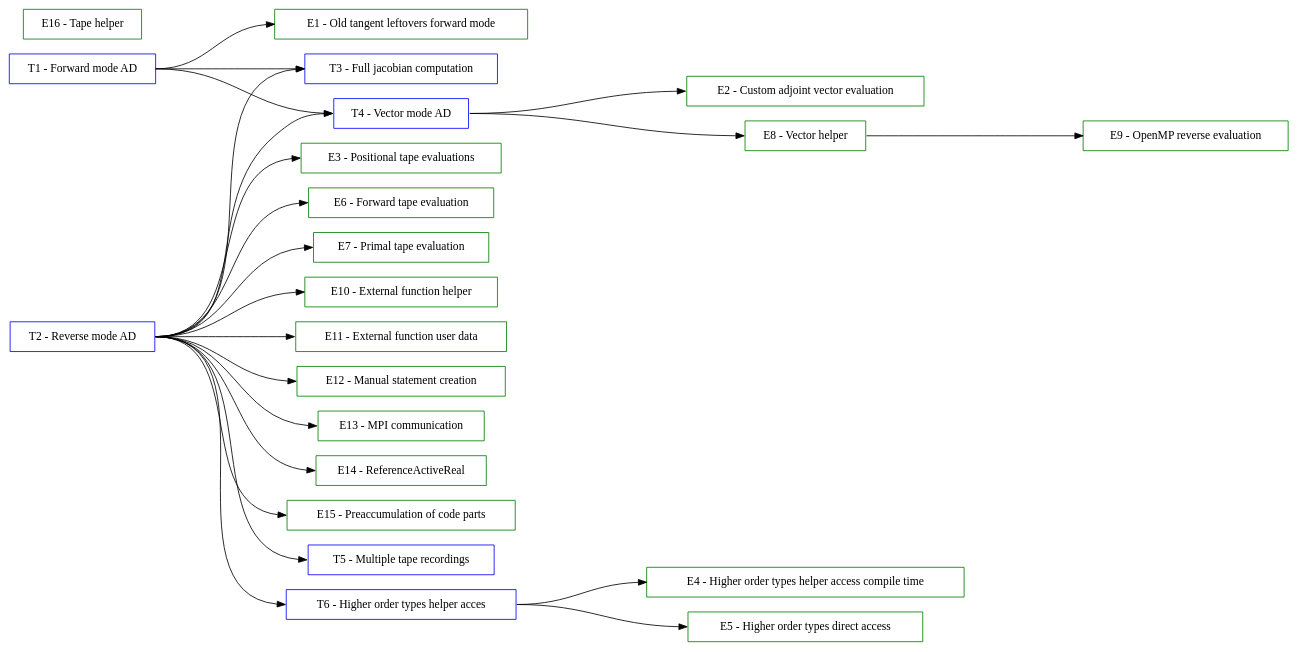
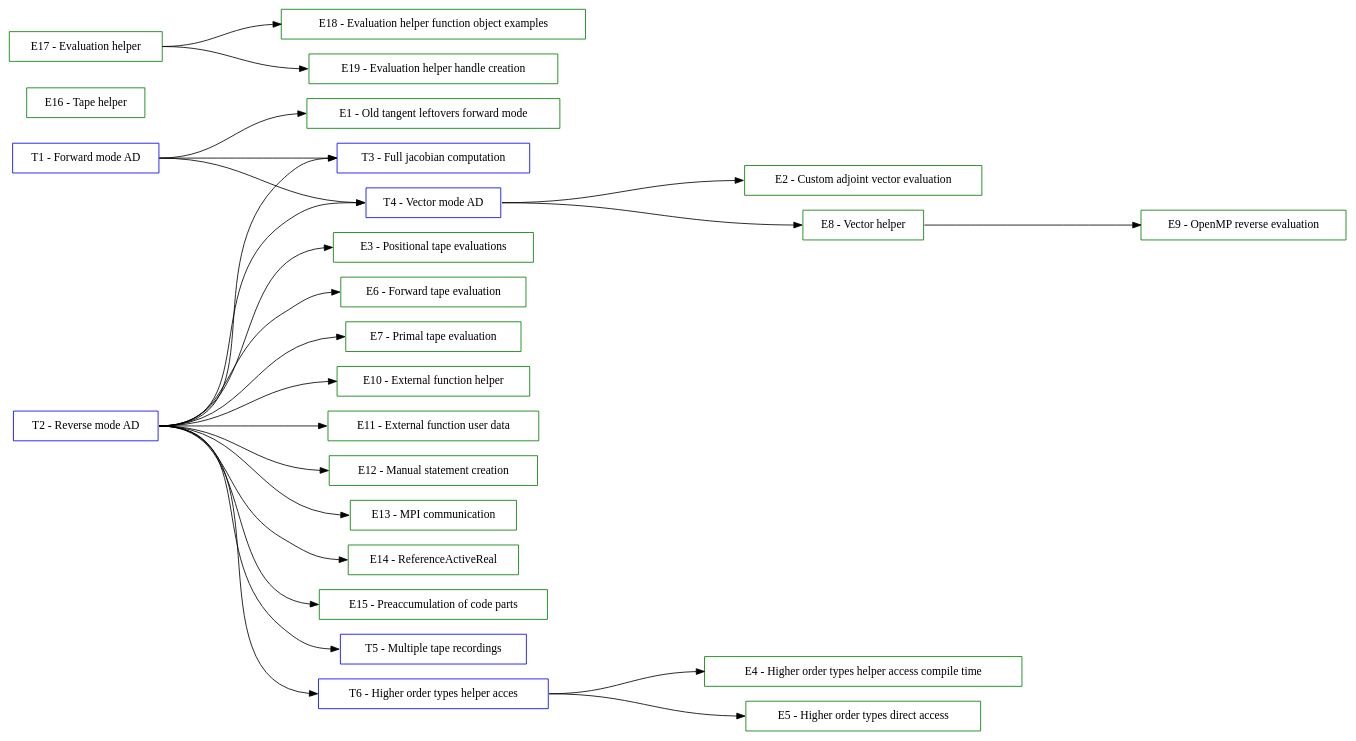
Before and after one commit to SciCompKL/CoDiPack: the diagram in documentation/user/TutorialsGraph.dot, drawn with Graphviz. The commit also changed 13 other files, not shown here.

Commit message:
Documentation for EvaluationHelper.

```diff
--- a/documentation/user/TutorialsGraph.dot
+++ b/documentation/user/TutorialsGraph.dot
@@ -1,75 +1,83 @@
 digraph Tutorials {
   rankdir=LR;
   ranksep=2;
 
   // Tutorial nodes
   node [shape=box color=blue];
   T01 [label="T1 - Forward mode AD"];
 
   T02 [label="T2 - Reverse mode AD"];
 
   T03 [label="T3 - Full jacobian computation"];
 
   T04 [label="T4 - Vector mode AD"];
 
   T05 [label="T5 - Multiple tape recordings"];
 
   T06 [label="T6 - Higher order types helper acces"];
 
   // Example nodes
   node [shape=box color=green];
   E01 [label="E1 - Old tangent leftovers forward mode"];
 
   E02 [label="E2 - Custom adjoint vector evaluation"];
 
   E03 [label="E3 - Positional tape evaluations"];
 
   E04 [label="E4 - Higher order types helper access compile time"];
 
   E05 [label="E5 - Higher order types direct access"];
 
   E06 [label="E6 - Forward tape evaluation"];
 
   E07 [label="E7 - Primal tape evaluation"];
 
   E08 [label="E8 - Vector helper"];
 
   E09 [label="E9 - OpenMP reverse evaluation"];
 
   E10 [label="E10 - External function helper"];
 
   E11 [label="E11 - External function user data"];
 
   E12 [label="E12 - Manual statement creation"];
 
   E13 [label="E13 - MPI communication"];
 
   E14 [label="E14 - ReferenceActiveReal"];
 
   E15 [label="E15 - Preaccumulation of code parts"];
 
   E16 [label="E16 - Tape helper"];
 
+  E17 [label="E17 - Evaluation helper"];
+
+  E18 [label="E18 - Evaluation helper function object examples"];
+
+  E19 [label="E19 - Evaluation helper handle creation"];
+
   // Edges (sorted)
   E08:e -> E09:w;
   T01:e -> E01:w;
   T01:e -> T03:w;
   T01:e -> T04:w;
   T02:e -> E03:w;
   T02:e -> E06:w;
   T02:e -> E07:w;
   T02:e -> E10:w;
   T02:e -> E11:w;
   T02:e -> E12:w;
   T02:e -> E13:w;
   T02:e -> E14:w;
   T02:e -> E15:w;
   T02:e -> T03:w;
   T02:e -> T04:w;
   T02:e -> T05:w;
   T02:e -> T06:w;
   T04:e -> E02:w;
   T04:e -> E08:w;
   T06:e -> E04:w;
   T06:e -> E05:w;
+  E17:e -> E18:w;
+  E17:e -> E19:w;
 }
```
